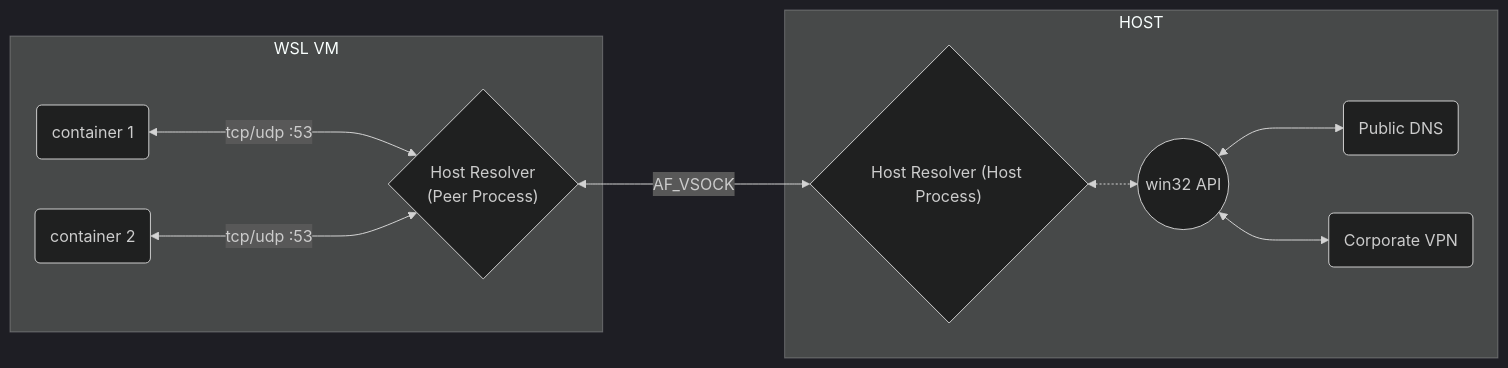
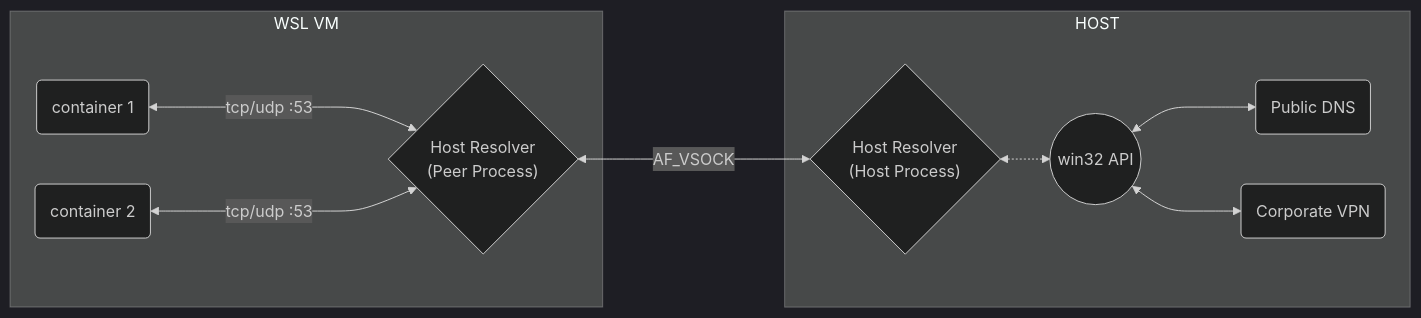
The diagram in README.md (rancher-sandbox/rancher-desktop-host-resolver), drawn with Mermaid (dark theme) before and after one commit.

Commit message:
add next line to box content

````diff
--- a/README.md
+++ b/README.md
@@ -8,20 +8,20 @@
 ```mermaid
 flowchart  LR;
  subgraph Host["HOST"]
  isp("Public DNS")
  corp("Corporate VPN")
- resolver{"Host Resolver (Host Process)"}
+ resolver{"Host Resolver \n(Host Process)"}
  api(("win32 API"))
  resolver <-.->  api
  api  <--->  isp
  api  <--->  corp
  end
  subgraph VM["WSL VM"]
  peer{"Host Resolver \n(Peer Process)"}
  c1("container 1")
  c2("container 2")
  c1 <----> |tcp/udp :53| peer
  c2 <----> |tcp/udp :53| peer
  end
  peer  <---> |AF_VSOCK| resolver
 ```
````
